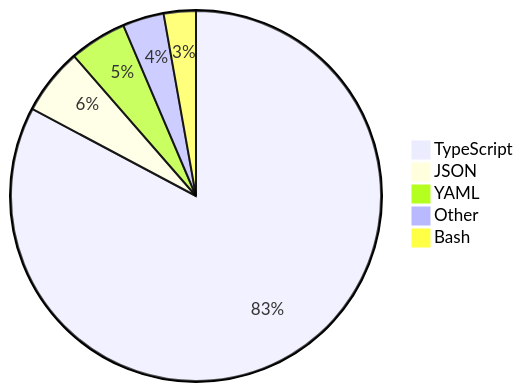
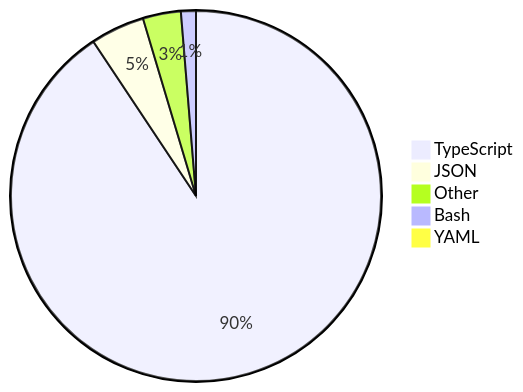
One commit to skvggor/skvggor changed the diagram in README.md. Above: the diagram before and after it, drawn with Mermaid.

Commit message:
Updated waka-readme graph with new metrics

````diff
--- a/README.md
+++ b/README.md
@@ -14,8 +14,8 @@
 ```mermaid
 pie
-    "TypeScript" : 82.7
-    "JSON" : 5.8
-    "YAML" : 5.0
-    "Other" : 3.6
-    "Bash" : 2.8
+    "TypeScript" : 90.3
+    "JSON" : 4.7
+    "Other" : 3.3
+    "Bash" : 1.3
+    "YAML" : 0.2
 ```
````
